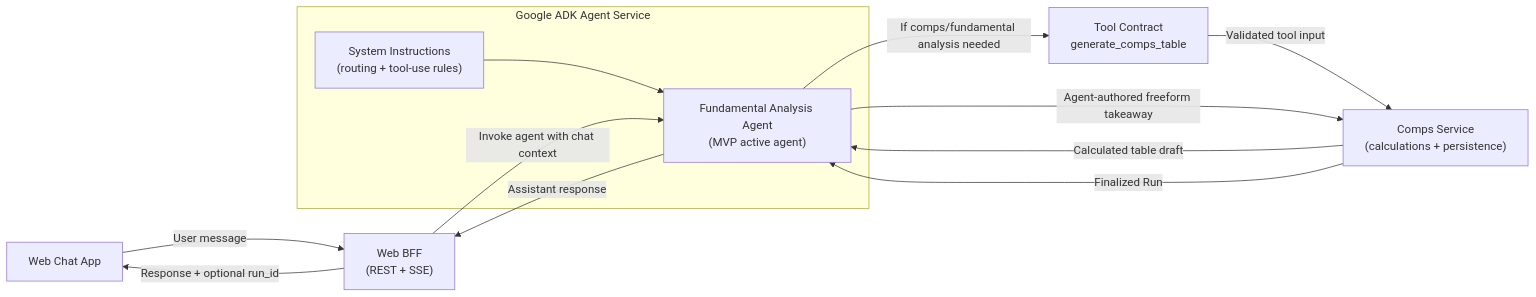
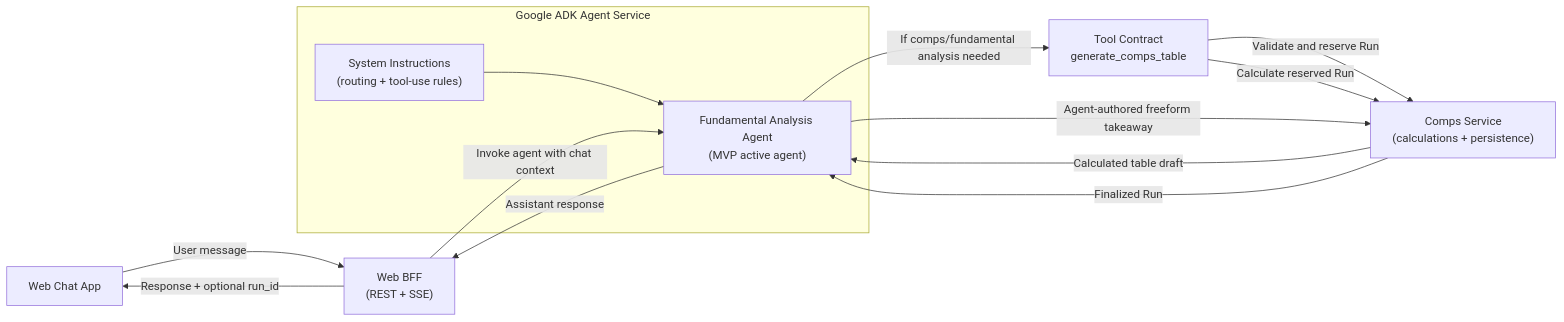
The diagram in docs/adr/ADR-003-agent-architecture.md (zer0plus/talk-to-your-stock), drawn with Mermaid before and after one commit. The commit also changed other lines of this file and 14 other files, not shown here.

Commit message:
Reserve comps runs before calculation

````diff
--- a/docs/adr/ADR-003-agent-architecture.md
+++ b/docs/adr/ADR-003-agent-architecture.md
@@ -18,24 +18,25 @@
 ```mermaid
 flowchart LR
   WEB["Web Chat App"]
   BFF["Web BFF<br/>(REST + SSE)"]
 
   subgraph ADK["Google ADK Agent Service"]
     FUND["Fundamental Analysis Agent<br/>(MVP active agent)"]
     PROMPT["System Instructions<br/>(routing + tool-use rules)"]
   end
 
   TOOL["Tool Contract<br/>generate_comps_table"]
   COMPS["Comps Service<br/>(calculations + persistence)"]
 
   WEB -->|"User message"| BFF
   BFF -->|"Invoke agent with chat context"| FUND
   PROMPT --> FUND
   FUND -->|"If comps/fundamental analysis needed"| TOOL
-  TOOL -->|"Validated tool input"| COMPS
+  TOOL -->|"Validate and reserve Run"| COMPS
+  TOOL -->|"Calculate reserved Run"| COMPS
   COMPS -->|"Calculated table draft"| FUND
   FUND -->|"Agent-authored freeform takeaway"| COMPS
   COMPS -->|"Finalized Run"| FUND
   FUND -->|"Assistant response"| BFF
   BFF -->|"Response + optional run_id"| WEB
 ```
````
